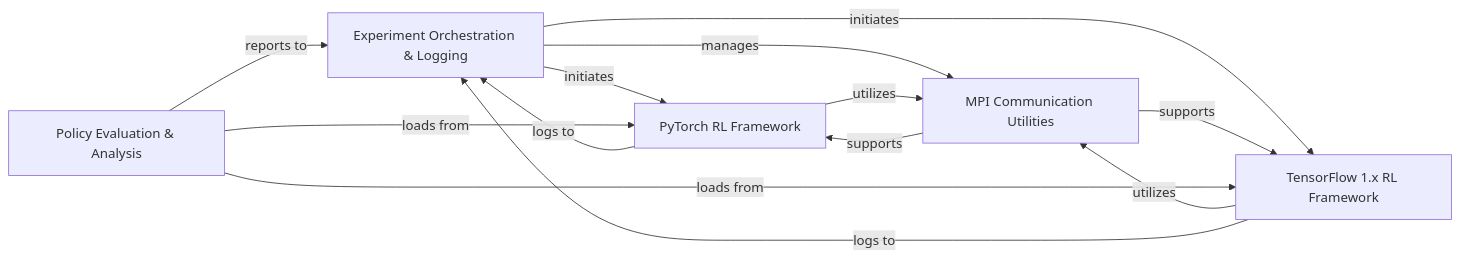
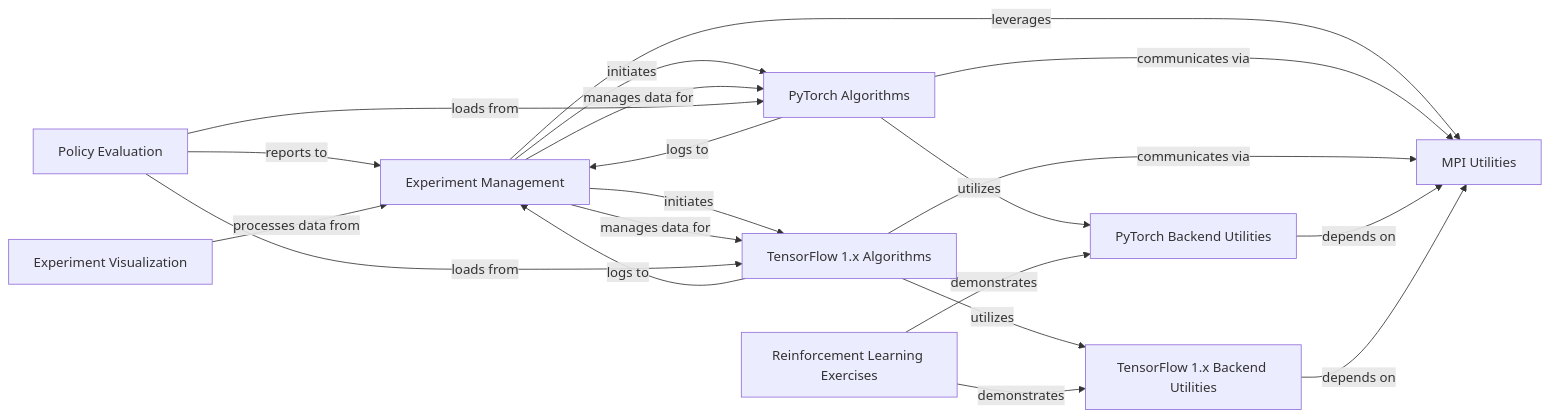
Before and after one commit to CodeBoarding/GeneratedOnBoardings: the diagram in spinningup/on_boarding.md, drawn with Mermaid. The commit also changed other lines of this file and 13 other files, not shown here.

````diff
--- a/spinningup/on_boarding.md
+++ b/spinningup/on_boarding.md
@@ -1,25 +1,40 @@
 ```mermaid
 graph LR
-    Experiment_Orchestration_Logging["Experiment Orchestration & Logging"]
-    PyTorch_RL_Framework["PyTorch RL Framework"]
-    TensorFlow_1_x_RL_Framework["TensorFlow 1.x RL Framework"]
-    MPI_Communication_Utilities["MPI Communication Utilities"]
-    Policy_Evaluation_Analysis["Policy Evaluation & Analysis"]
-    Experiment_Orchestration_Logging -- "initiates" --> PyTorch_RL_Framework
-    Experiment_Orchestration_Logging -- "initiates" --> TensorFlow_1_x_RL_Framework
-    Experiment_Orchestration_Logging -- "manages" --> MPI_Communication_Utilities
-    PyTorch_RL_Framework -- "utilizes" --> MPI_Communication_Utilities
-    PyTorch_RL_Framework -- "logs to" --> Experiment_Orchestration_Logging
-    TensorFlow_1_x_RL_Framework -- "utilizes" --> MPI_Communication_Utilities
-    TensorFlow_1_x_RL_Framework -- "logs to" --> Experiment_Orchestration_Logging
-    MPI_Communication_Utilities -- "supports" --> PyTorch_RL_Framework
-    MPI_Communication_Utilities -- "supports" --> TensorFlow_1_x_RL_Framework
-    Policy_Evaluation_Analysis -- "loads from" --> PyTorch_RL_Framework
-    Policy_Evaluation_Analysis -- "loads from" --> TensorFlow_1_x_RL_Framework
-    Policy_Evaluation_Analysis -- "reports to" --> Experiment_Orchestration_Logging
-    click Experiment_Orchestration_Logging href "https://github.com/CodeBoarding/GeneratedOnBoardings/blob/main//spinningup/Experiment Orchestration & Logging.md" "Details"
-    click PyTorch_RL_Framework href "https://github.com/CodeBoarding/GeneratedOnBoardings/blob/main//spinningup/PyTorch RL Framework.md" "Details"
-    click TensorFlow_1_x_RL_Framework href "https://github.com/CodeBoarding/GeneratedOnBoardings/blob/main//spinningup/TensorFlow 1.x RL Framework.md" "Details"
-    click MPI_Communication_Utilities href "https://github.com/CodeBoarding/GeneratedOnBoardings/blob/main//spinningup/MPI Communication Utilities.md" "Details"
-    click Policy_Evaluation_Analysis href "https://github.com/CodeBoarding/GeneratedOnBoardings/blob/main//spinningup/Policy Evaluation & Analysis.md" "Details"
+    Experiment_Management["Experiment Management"]
+    MPI_Utilities["MPI Utilities"]
+    PyTorch_Backend_Utilities["PyTorch Backend Utilities"]
+    TensorFlow_1_x_Backend_Utilities["TensorFlow 1.x Backend Utilities"]
+    PyTorch_Algorithms["PyTorch Algorithms"]
+    TensorFlow_1_x_Algorithms["TensorFlow 1.x Algorithms"]
+    Policy_Evaluation["Policy Evaluation"]
+    Experiment_Visualization["Experiment Visualization"]
+    Reinforcement_Learning_Exercises["Reinforcement Learning Exercises"]
+    Experiment_Management -- "initiates" --> PyTorch_Algorithms
+    Experiment_Management -- "manages data for" --> PyTorch_Algorithms
+    Experiment_Management -- "initiates" --> TensorFlow_1_x_Algorithms
+    Experiment_Management -- "manages data for" --> TensorFlow_1_x_Algorithms
+    Experiment_Management -- "leverages" --> MPI_Utilities
+    PyTorch_Algorithms -- "utilizes" --> PyTorch_Backend_Utilities
+    PyTorch_Algorithms -- "logs to" --> Experiment_Management
+    PyTorch_Algorithms -- "communicates via" --> MPI_Utilities
+    TensorFlow_1_x_Algorithms -- "utilizes" --> TensorFlow_1_x_Backend_Utilities
+    TensorFlow_1_x_Algorithms -- "logs to" --> Experiment_Management
+    TensorFlow_1_x_Algorithms -- "communicates via" --> MPI_Utilities
+    PyTorch_Backend_Utilities -- "depends on" --> MPI_Utilities
+    TensorFlow_1_x_Backend_Utilities -- "depends on" --> MPI_Utilities
+    Policy_Evaluation -- "loads from" --> PyTorch_Algorithms
+    Policy_Evaluation -- "loads from" --> TensorFlow_1_x_Algorithms
+    Policy_Evaluation -- "reports to" --> Experiment_Management
+    Experiment_Visualization -- "processes data from" --> Experiment_Management
+    Reinforcement_Learning_Exercises -- "demonstrates" --> PyTorch_Backend_Utilities
+    Reinforcement_Learning_Exercises -- "demonstrates" --> TensorFlow_1_x_Backend_Utilities
+    click Experiment_Management href "https://github.com/CodeBoarding/GeneratedOnBoardings/blob/main//spinningup/Experiment Management.md" "Details"
+    click MPI_Utilities href "https://github.com/CodeBoarding/GeneratedOnBoardings/blob/main//spinningup/MPI Utilities.md" "Details"
+    click PyTorch_Backend_Utilities href "https://github.com/CodeBoarding/GeneratedOnBoardings/blob/main//spinningup/PyTorch Backend Utilities.md" "Details"
+    click TensorFlow_1_x_Backend_Utilities href "https://github.com/CodeBoarding/GeneratedOnBoardings/blob/main//spinningup/TensorFlow 1.x Backend Utilities.md" "Details"
+    click PyTorch_Algorithms href "https://github.com/CodeBoarding/GeneratedOnBoardings/blob/main//spinningup/PyTorch Algorithms.md" "Details"
+    click TensorFlow_1_x_Algorithms href "https://github.com/CodeBoarding/GeneratedOnBoardings/blob/main//spinningup/TensorFlow 1.x Algorithms.md" "Details"
+    click Policy_Evaluation href "https://github.com/CodeBoarding/GeneratedOnBoardings/blob/main//spinningup/Policy Evaluation.md" "Details"
+    click Experiment_Visualization href "https://github.com/CodeBoarding/GeneratedOnBoardings/blob/main//spinningup/Experiment Visualization.md" "Details"
+    click Reinforcement_Learning_Exercises href "https://github.com/CodeBoarding/GeneratedOnBoardings/blob/main//spinningup/Reinforcement Learning Exercises.md" "Details"
 ```
````
